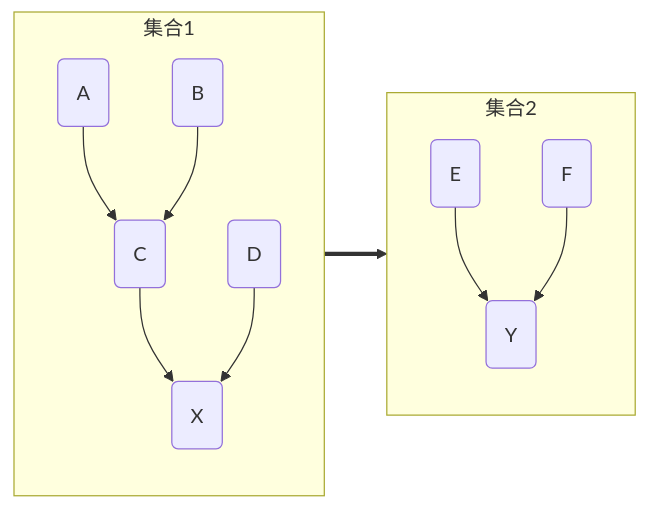
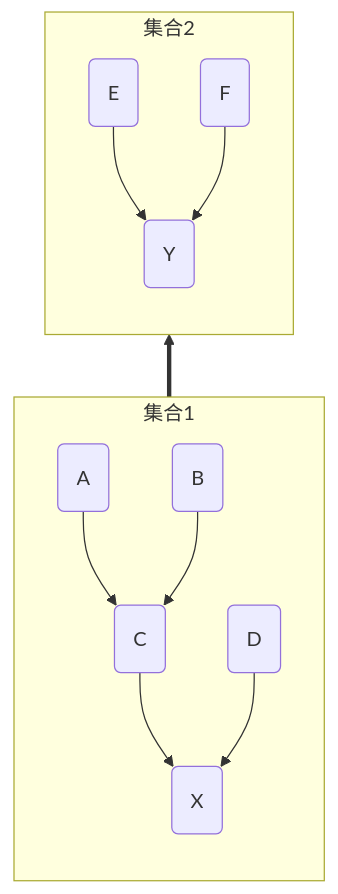
One commit to dmjcb/SelfBlog changed the fifth of 8 diagrams in DataStructures/Graph/并查集与最小生成树.md. Above: the diagram before and after it, drawn with Mermaid. The commit also changed other lines of this file and 5 other files, not shown here.

````diff
--- a/DataStructures/Graph/并查集与最小生成树.md
+++ b/DataStructures/Graph/并查集与最小生成树.md
@@ -128,19 +143,19 @@
 ```mermaid
-graph LR;
+graph BT;
     subgraph 集合2
     direction TB
         e(E)-->y(Y)
         f(F)-->y(Y)
     end
 
     subgraph 集合1
     direction TB
         a(A)-->c(C)
         b(B)-->c(C)
         c(C)-->x(X)
 
         d(D)-->x(X)
     end
 
     x(X)==>y(Y)
 ```
````
